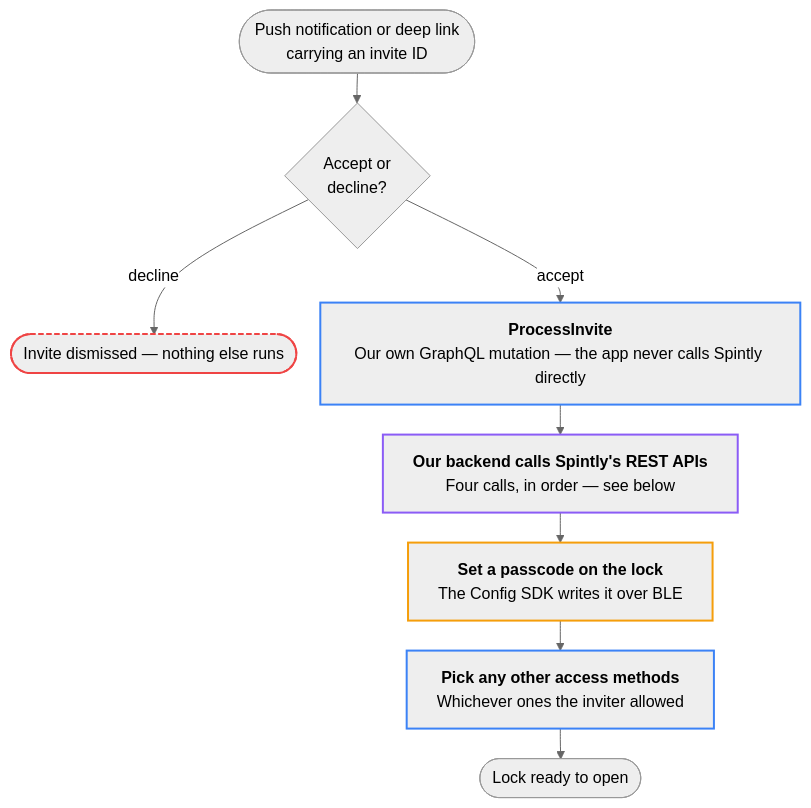
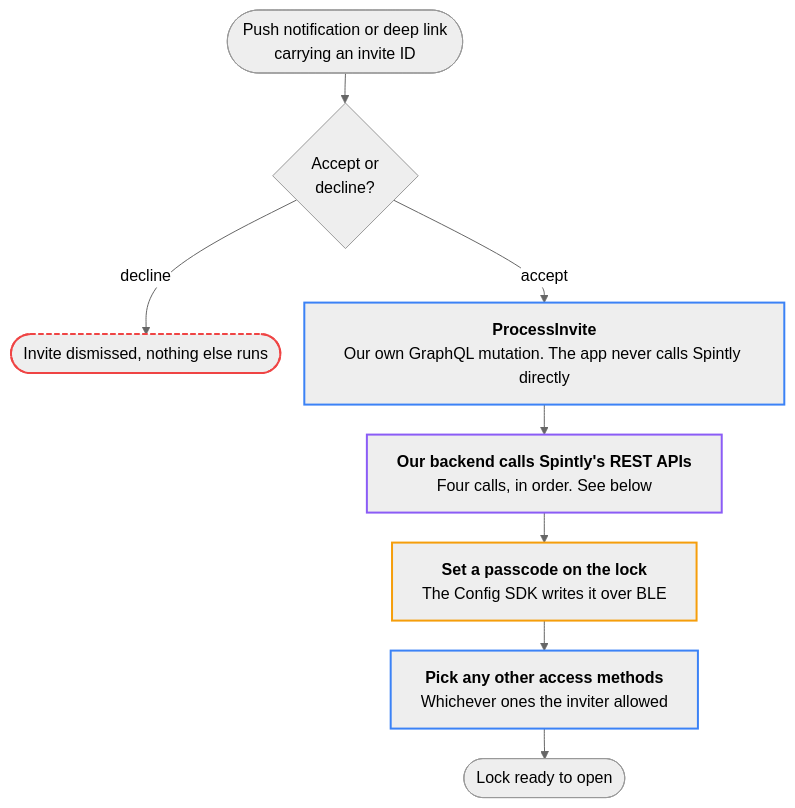
The first of 4 diagrams in docs/lock-share-invites.md (Yash-Wadatkar-Binaryveda/sdk-docs-site), drawn with Mermaid (neutral theme) before and after one commit. The commit also changed other lines of this file and 3 other files, not shown here.

````diff
--- a/docs/lock-share-invites.md
+++ b/docs/lock-share-invites.md
@@ -20,20 +20,20 @@
 ```mermaid
 %%{init:{"flowchart":{"wrappingWidth":420,"nodeSpacing":24,"rankSpacing":30}}}%%
 flowchart TD
     S(["Push notification or deep link<br/>carrying an invite ID"]) --> D{"Accept or<br/>decline?"}
-    D -->|decline| X(["Invite dismissed — nothing else runs"])
-    D -->|accept| A["<b>ProcessInvite</b><br/>Our own GraphQL mutation — the app never calls Spintly directly"]
-    A --> B["<b>Our backend calls Spintly's REST APIs</b><br/>Four calls, in order — see below"]
+    D -->|decline| X(["Invite dismissed, nothing else runs"])
+    D -->|accept| A["<b>ProcessInvite</b><br/>Our own GraphQL mutation. The app never calls Spintly directly"]
+    A --> B["<b>Our backend calls Spintly's REST APIs</b><br/>Four calls, in order. See below"]
     B --> C["<b>Set a passcode on the lock</b><br/>The Config SDK writes it over BLE"]
     C --> E["<b>Pick any other access methods</b><br/>Whichever ones the inviter allowed"]
     E --> F(["Lock ready to open"])
 
     classDef ours stroke:#3b82f6,stroke-width:2px
     classDef spintly stroke:#8b5cf6,stroke-width:2px
     classDef hw stroke:#f59e0b,stroke-width:2px
     classDef skip stroke:#ef4444,stroke-width:2px,stroke-dasharray:5 3
     class A,E ours
     class B spintly
     class C hw
     class X skip
 ```
````
